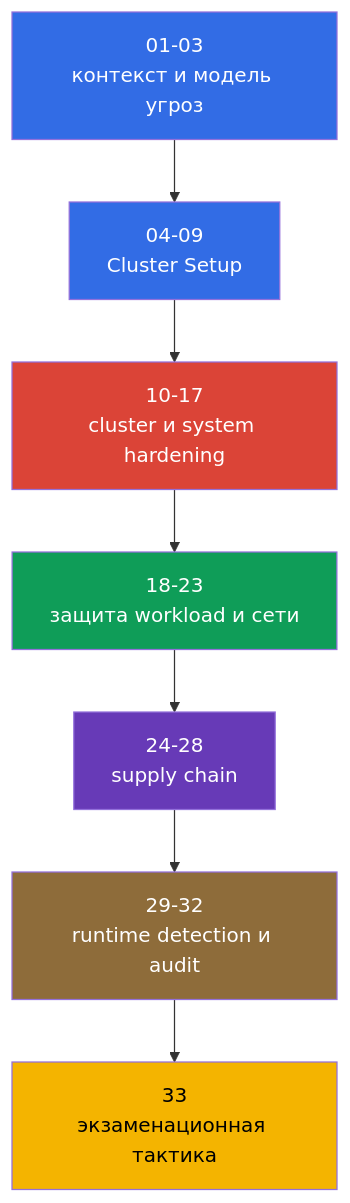
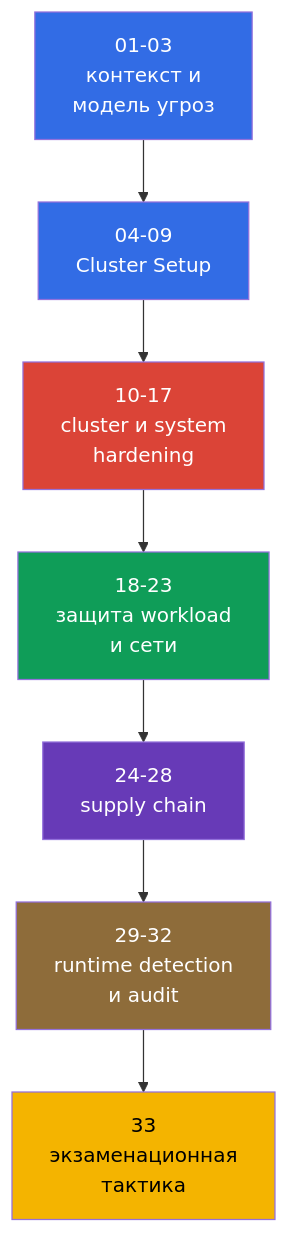
Before and after one commit to ViktorUJ/cks: the third of 3 diagrams in tasks/cks/course/01/ru.md, drawn with Mermaid. The commit also changed other lines of this file and 275 other files, not shown here.

````diff
--- a/tasks/cks/course/01/ru.md
+++ b/tasks/cks/course/01/ru.md
@@ -149,16 +151,16 @@
 ```mermaid
 flowchart TB
-    intro["01-03<br>контекст и модель угроз"] --> setup["04-09<br>Cluster Setup"]
-    setup --> hardening["10-17<br>cluster и system hardening"]
-    hardening --> workload["18-23<br>защита workload и сети"]
-    workload --> supply["24-28<br>supply chain"]
-    supply --> detect["29-32<br>runtime detection и audit"]
-    detect --> exam["33<br>экзаменационная тактика"]
+    intro["01-03<br/>контекст и<br/>модель угроз"] --> setup["04-09<br/>Cluster Setup"]
+    setup --> hardening["10-17<br/>cluster и system<br/>hardening"]
+    hardening --> workload["18-23<br/>защита workload<br/>и сети"]
+    workload --> supply["24-28<br/>supply chain"]
+    supply --> detect["29-32<br/>runtime detection<br/>и audit"]
+    detect --> exam["33<br/>экзаменационная<br/>тактика"]
     style intro fill:#326ce5,color:#fff
     style setup fill:#326ce5,color:#fff
     style hardening fill:#db4437,color:#fff
     style workload fill:#0f9d58,color:#fff
     style supply fill:#673ab7,color:#fff
     style detect fill:#8e6c3a,color:#fff
     style exam fill:#f4b400,color:#000
 ```
````
